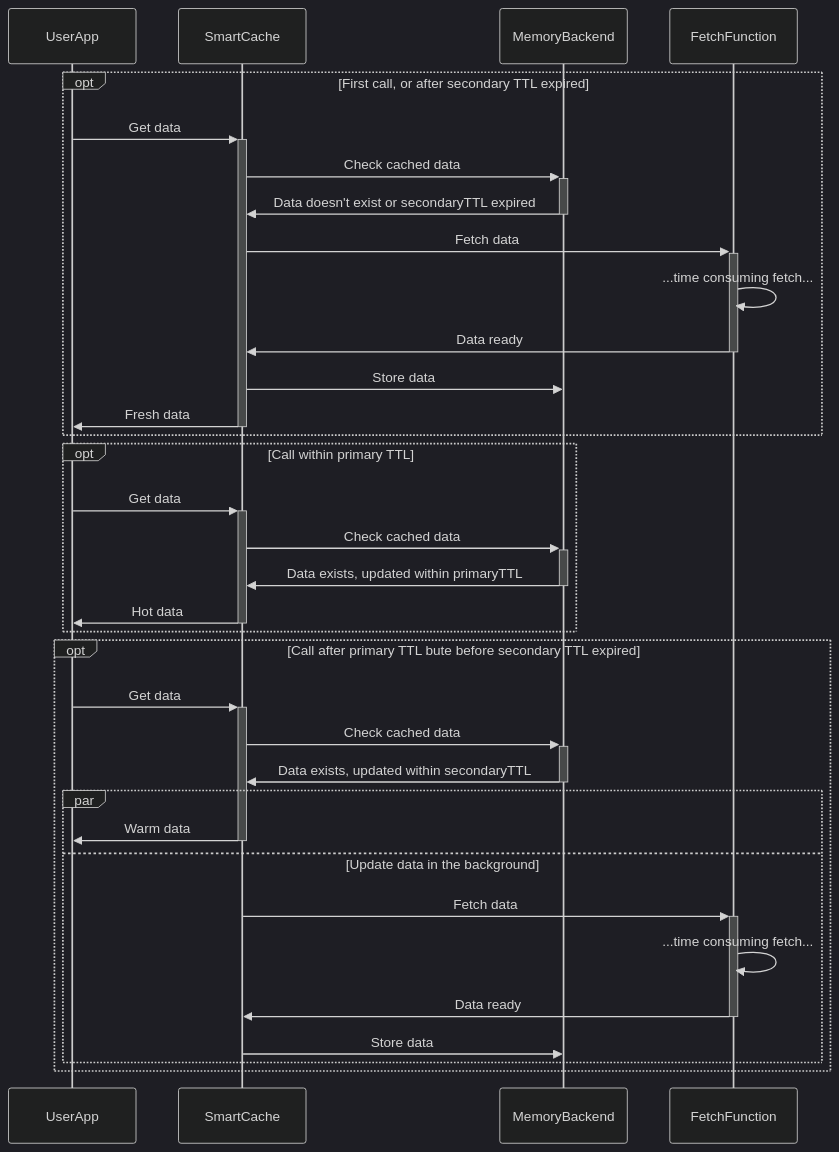
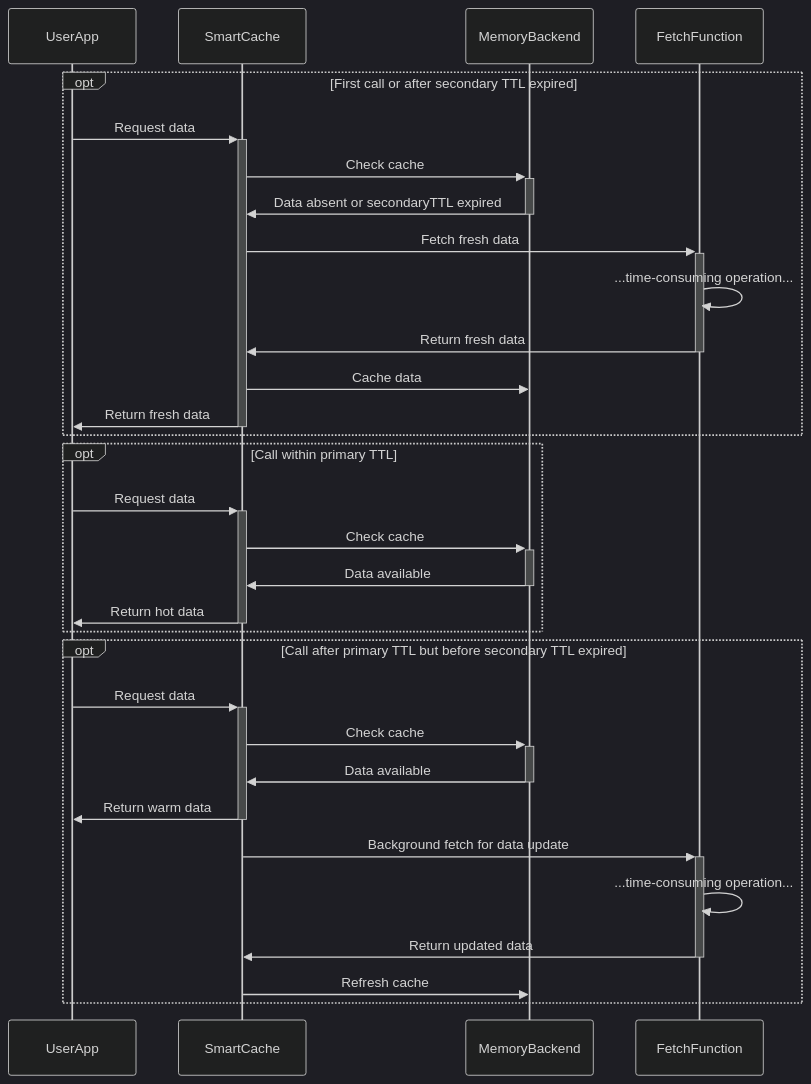
The second of 2 diagrams in README.md (m-zajac/smartcache), drawn with Mermaid (dark theme) before and after one commit. The commit also changed other lines of this file and 1 other file, not shown here.

````diff
--- a/README.md
+++ b/README.md
@@ -24,34 +29,31 @@
 ```mermaid
 sequenceDiagram
-    opt First call, or after secondary TTL expired
-        UserApp->>+SmartCache: Get data
-        SmartCache->>+MemoryBackend: Check cached data
-        MemoryBackend->>-SmartCache: Data doesn't exist or secondaryTTL expired
-        SmartCache->>+FetchFunction: Fetch data
-        FetchFunction->>FetchFunction: ...time consuming fetch...
-        FetchFunction->>-SmartCache: Data ready
-        SmartCache->>MemoryBackend: Store data
-        SmartCache->>-UserApp: Fresh data
+    opt First call or after secondary TTL expired
+        UserApp->>+SmartCache: Request data
+        SmartCache->>+MemoryBackend: Check cache
+        MemoryBackend->>-SmartCache: Data absent or secondaryTTL expired
+        SmartCache->>+FetchFunction: Fetch fresh data
+        FetchFunction->>FetchFunction: ...time-consuming operation...
+        FetchFunction->>-SmartCache: Return fresh data
+        SmartCache->>MemoryBackend: Cache data
+        SmartCache->>-UserApp: Return fresh data
     end
 
     opt Call within primary TTL
-        UserApp->>+SmartCache: Get data
-        SmartCache->>+MemoryBackend: Check cached data
-        MemoryBackend->>-SmartCache: Data exists, updated within primaryTTL 
-        SmartCache->>-UserApp: Hot data
+        UserApp->>+SmartCache: Request data
+        SmartCache->>+MemoryBackend: Check cache
+        MemoryBackend->>-SmartCache: Data available
+        SmartCache->>-UserApp: Return hot data
     end
 
-    opt Call after primary TTL bute before secondary TTL expired
-        UserApp->>+SmartCache: Get data
-        SmartCache->>+MemoryBackend: Check cached data
-        MemoryBackend->>-SmartCache: Data exists, updated within secondaryTTL 
-        par
-            SmartCache->>-UserApp: Warm data
-        and Update data in the background
-            SmartCache->>+FetchFunction: Fetch data
-            FetchFunction->>FetchFunction: ...time consuming fetch...
-            FetchFunction->>-SmartCache: Data ready
-            SmartCache->>MemoryBackend: Store data
-        end
+    opt Call after primary TTL but before secondary TTL expired
+        UserApp->>+SmartCache: Request data
+        SmartCache->>+MemoryBackend: Check cache
+        MemoryBackend->>-SmartCache: Data available
+        SmartCache->>-UserApp: Return warm data
+        SmartCache->>+FetchFunction: Background fetch for data update
+        FetchFunction->>FetchFunction: ...time-consuming operation...
+        FetchFunction->>-SmartCache: Return updated data
+        SmartCache->>MemoryBackend: Refresh cache
     end
 ```
````
